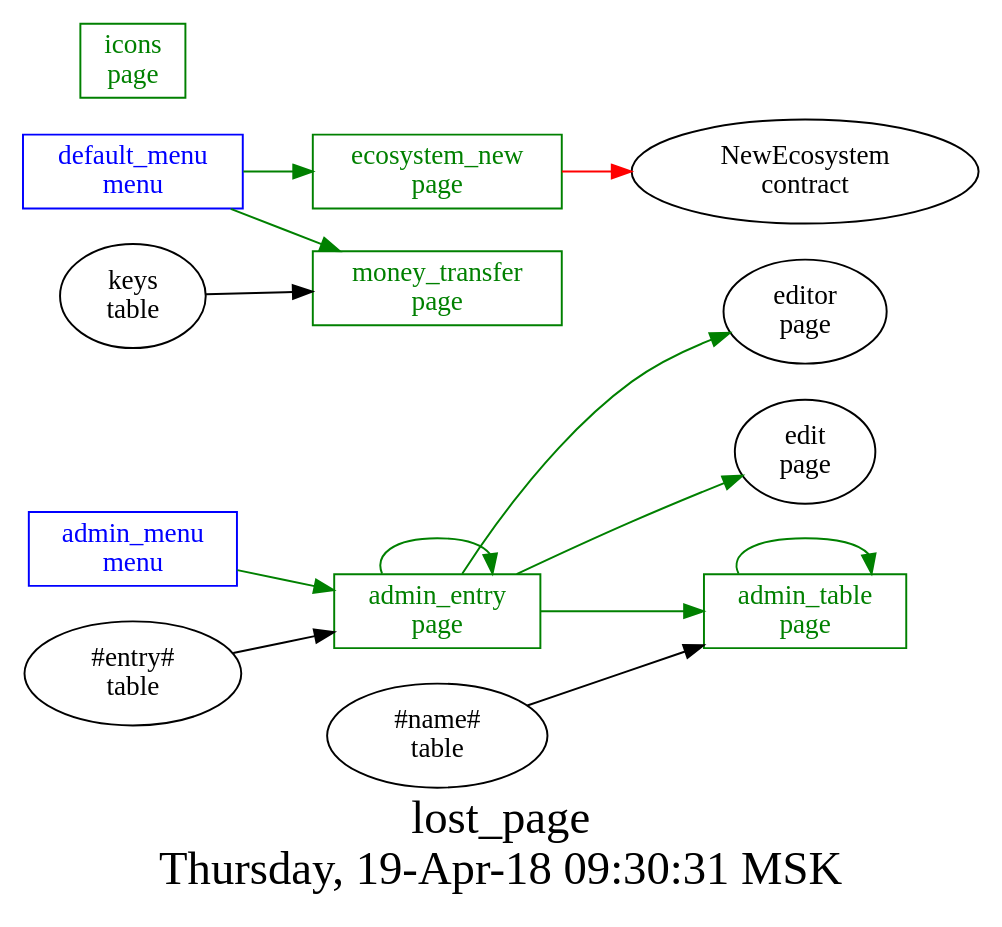
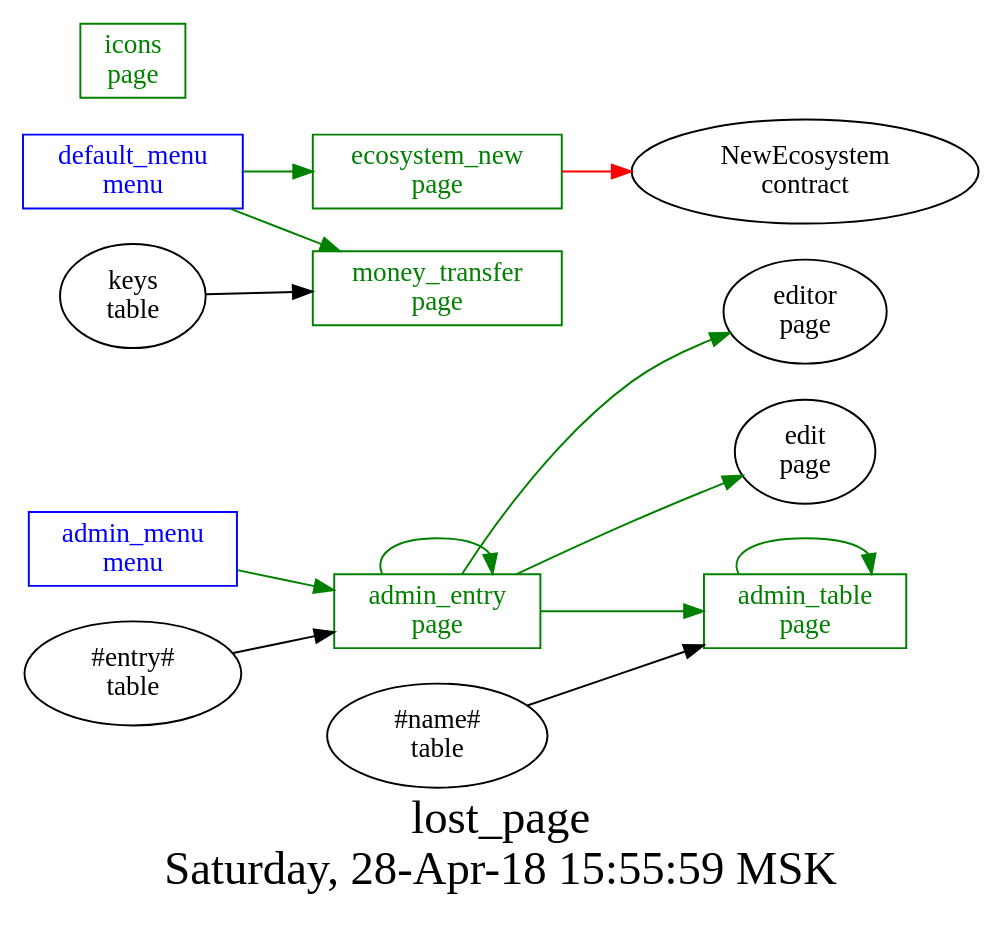
One commit to AplaProject/apps changed the diagram in src/lost_pages/struct.dot. Above: the diagram before and after it, drawn with Graphviz. The commit also changed 2 other files, not shown here.

```diff
--- a/src/lost_pages/struct.dot
+++ b/src/lost_pages/struct.dot
@@ -1,29 +1,29 @@
 digraph G {
 graph [
   fontsize="24";
-  label="lost_page\nThursday, 19-Apr-18 09:30:31 MSK";
+  label="lost_page\nSaturday, 28-Apr-18 15:55:59 MSK";
   nojustify=true;
   ordering=out;
   rankdir=LR;
   size="30";
 ];
 "admin_menu\nmenu" -> "admin_entry\npage"  [ color=green ]
 "admin_menu\nmenu" [color=blue, fontcolor=blue, group=menus, shape=record];
 "default_menu\nmenu" -> "ecosystem_new\npage"  [ color=green ]
 "default_menu\nmenu" -> "money_transfer\npage"  [ color=green ]
 "default_menu\nmenu" [color=blue, fontcolor=blue, group=menus, shape=record];
 "#entry#\ntable" -> "admin_entry\npage"  [ color="" ]
 "admin_entry\npage" -> "admin_entry\npage"  [ color=green ]
 "admin_entry\npage" -> "editor\npage"  [ color=green ]
 "admin_entry\npage" -> "edit\npage"  [ color=green ]
 "admin_entry\npage" -> "admin_table\npage"  [ color=green ]
 "admin_entry\npage" [color=green, fontcolor=green, group=pages, shape=record];
 "#name#\ntable" -> "admin_table\npage"  [ color="" ]
 "admin_table\npage" -> "admin_table\npage"  [ color=green ]
 "admin_table\npage" [color=green, fontcolor=green, group=pages, shape=record];
 "ecosystem_new\npage" -> "NewEcosystem\ncontract"  [ color=red ]
 "ecosystem_new\npage" [color=green, fontcolor=green, group=pages, shape=record];
 "icons\npage" [color=green, fontcolor=green, group=pages, shape=record];
 "keys\ntable" -> "money_transfer\npage"  [ color="" ]
 "money_transfer\npage" [color=green, fontcolor=green, group=pages, shape=record];
 }
```
